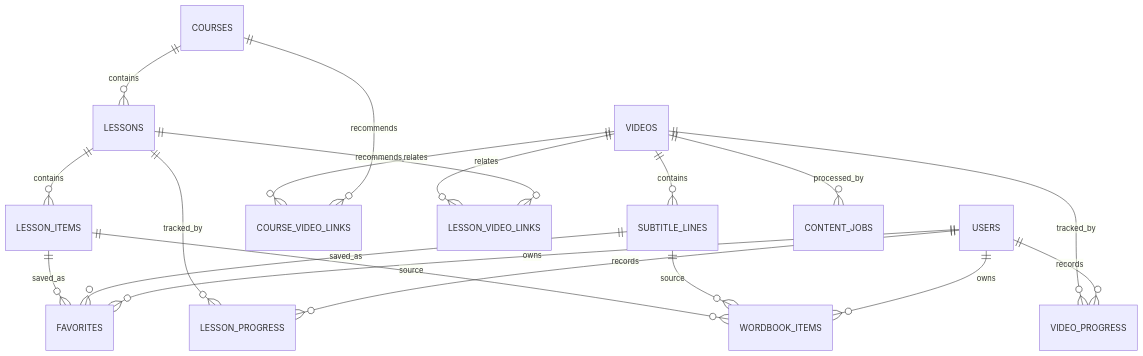
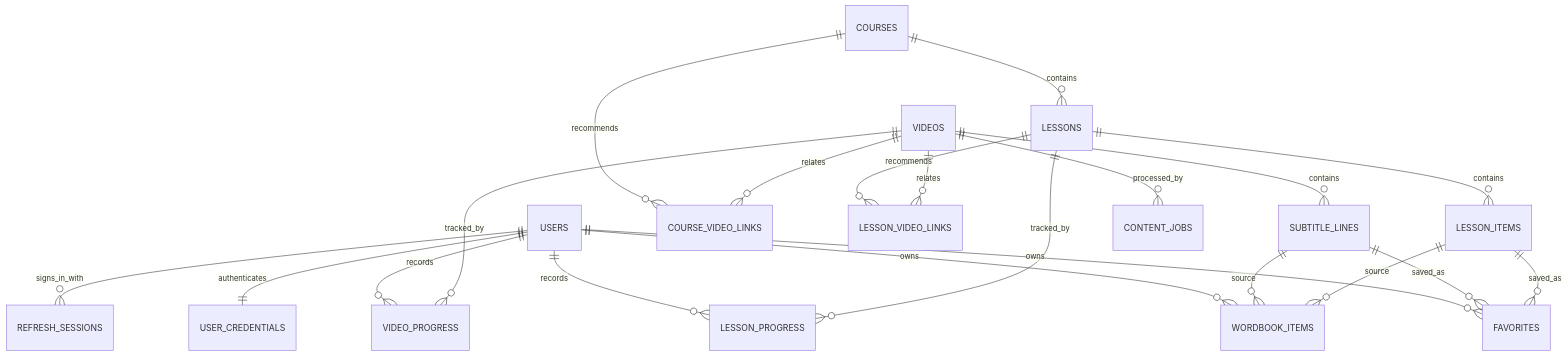
One commit to 54singa/-CantoScene changed the diagram in 13-数据库结构设计.md. Above: the diagram before and after it, drawn with Mermaid. The commit also changed other lines of this file and 15 other files, not shown here.

````diff
--- a/13-数据库结构设计.md
+++ b/13-数据库结构设计.md
@@ -32,21 +32,23 @@
 ```mermaid
 erDiagram
     USERS ||--o{ FAVORITES : owns
     USERS ||--o{ WORDBOOK_ITEMS : owns
     USERS ||--o{ LESSON_PROGRESS : records
     USERS ||--o{ VIDEO_PROGRESS : records
+    USERS ||--|| USER_CREDENTIALS : authenticates
+    USERS ||--o{ REFRESH_SESSIONS : signs_in_with
     COURSES ||--o{ LESSONS : contains
     LESSONS ||--o{ LESSON_ITEMS : contains
     COURSES ||--o{ COURSE_VIDEO_LINKS : recommends
     VIDEOS ||--o{ COURSE_VIDEO_LINKS : relates
     LESSONS ||--o{ LESSON_VIDEO_LINKS : recommends
     VIDEOS ||--o{ LESSON_VIDEO_LINKS : relates
     VIDEOS ||--o{ SUBTITLE_LINES : contains
     SUBTITLE_LINES ||--o{ FAVORITES : saved_as
     LESSON_ITEMS ||--o{ FAVORITES : saved_as
     SUBTITLE_LINES ||--o{ WORDBOOK_ITEMS : source
     LESSON_ITEMS ||--o{ WORDBOOK_ITEMS : source
     LESSONS ||--o{ LESSON_PROGRESS : tracked_by
     VIDEOS ||--o{ VIDEO_PROGRESS : tracked_by
     VIDEOS ||--o{ CONTENT_JOBS : processed_by
 ```
````
